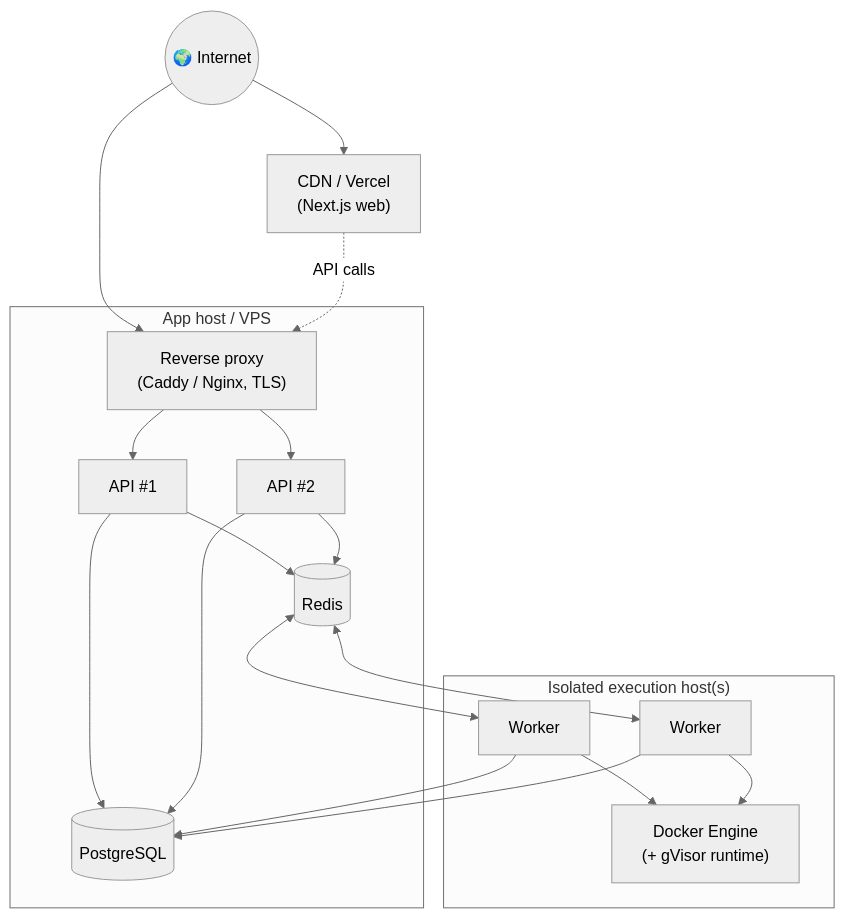
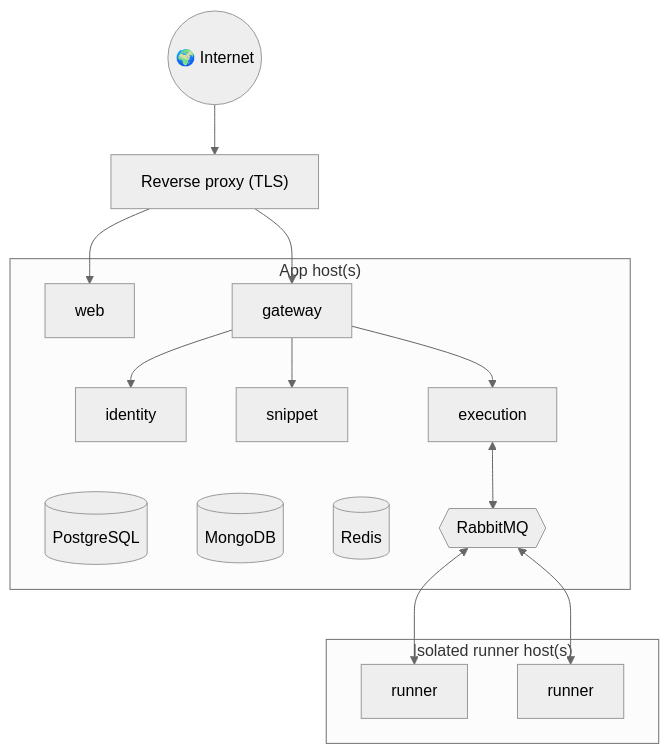
One commit to vedatcinbatexe/bytebox changed the fourth of 4 diagrams in ARCHITECTURE.md. Above: the diagram before and after it, drawn with Mermaid (neutral theme). The commit also changed other lines of this file and 38 other files, not shown here.

````diff
--- a/ARCHITECTURE.md
+++ b/ARCHITECTURE.md
@@ -284,23 +275,27 @@
 ```mermaid
 flowchart TB
-    internet((🌍 Internet)) --> cdn["CDN / Vercel<br/>(Next.js web)"]
-    internet --> lb["Reverse proxy<br/>(Caddy / Nginx, TLS)"]
+    internet((🌍 Internet)) --> proxy["Reverse proxy (TLS)"]
+    proxy --> web["web"]
+    proxy --> gateway["gateway"]
 
-    subgraph AppHost["App host / VPS"]
-        lb --> api1["API #1"]
-        lb --> api2["API #2"]
+    subgraph AppHost["App host(s)"]
+        web
+        gateway
+        identity
+        snippet
+        execution
+        pg[("PostgreSQL")]
+        mongo[("MongoDB")]
         redis[("Redis")]
-        pg[("PostgreSQL")]
-        api1 & api2 --> redis
-        api1 & api2 --> pg
+        mq{{"RabbitMQ"}}
     end
 
-    subgraph ExecHost["Isolated execution host(s)"]
-        w1["Worker"] --> dk["Docker Engine<br/>(+ gVisor runtime)"]
-        w2["Worker"] --> dk
+    subgraph RunnerHosts["Isolated runner host(s)"]
+        runner1["runner"]
+        runner2["runner"]
     end
 
-    redis <--> w1 & w2
-    w1 & w2 --> pg
-    cdn -. "API calls" .-> lb
+    gateway --> identity & snippet & execution
+    execution <--> mq
+    mq <--> runner1 & runner2
 ```
````
